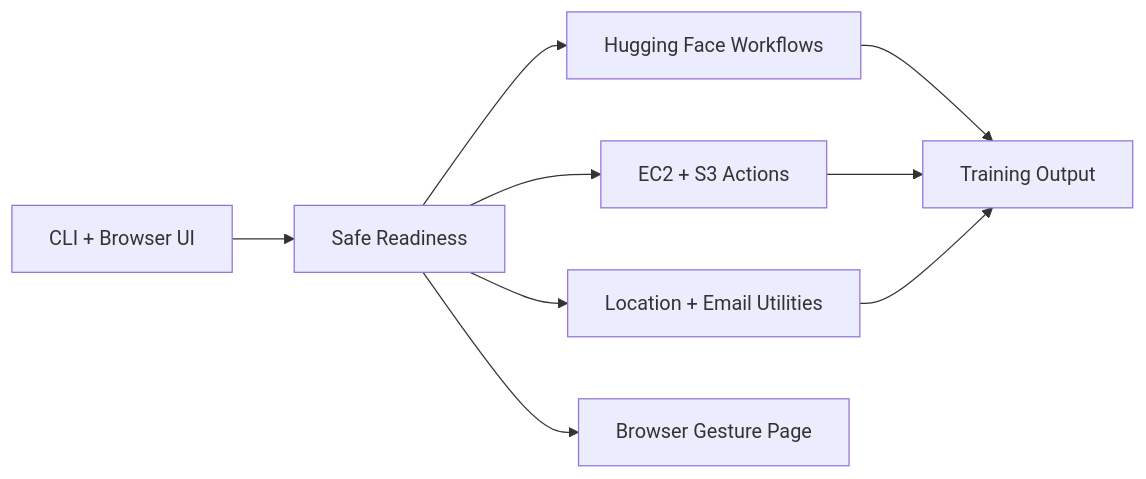
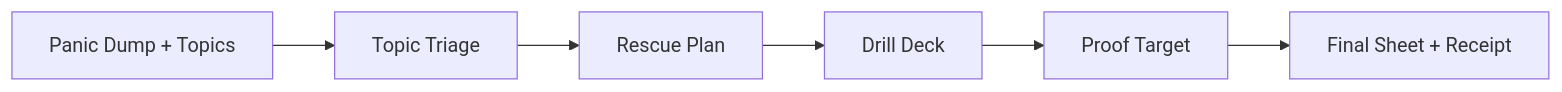
The second of 3 diagrams in README.md (himanshu748/himanshu748), drawn with Mermaid before and after one commit. The commit also changed other lines of this file, not shown here.

````diff
--- a/README.md
+++ b/README.md
@@ -108,11 +107,8 @@
 ```mermaid
 flowchart LR
-  CLI["CLI + Browser UI"] --> CFG["Safe Readiness"]
-  CFG --> HF["Hugging Face Workflows"]
-  CFG --> AWS["EC2 + S3 Actions"]
-  CFG --> UTIL["Location + Email Utilities"]
-  CFG --> GEST["Browser Gesture Page"]
-  HF --> OUT["Training Output"]
-  AWS --> OUT
-  UTIL --> OUT
+  STUDENT["Panic Dump + Topics"] --> TRIAGE["Topic Triage"]
+  TRIAGE --> PLAN["Rescue Plan"]
+  PLAN --> DRILLS["Drill Deck"]
+  DRILLS --> PROOF["Proof Target"]
+  PROOF --> SHEET["Final Sheet + Receipt"]
 ```
````
